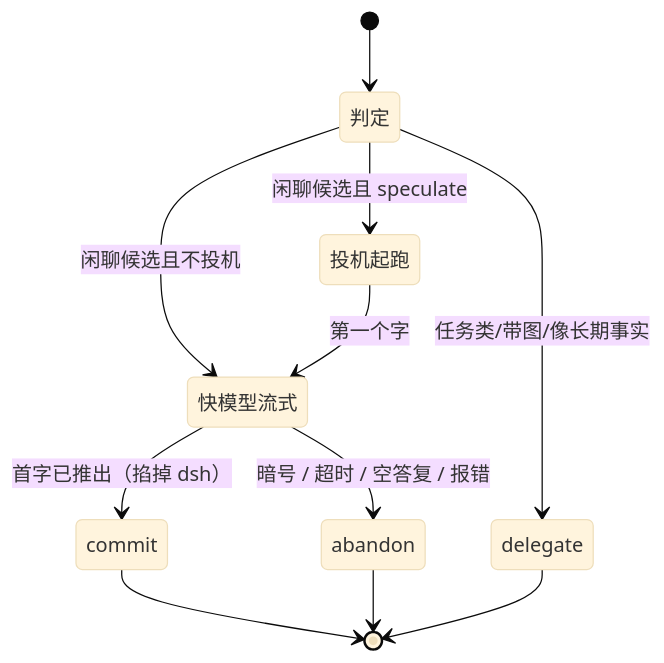
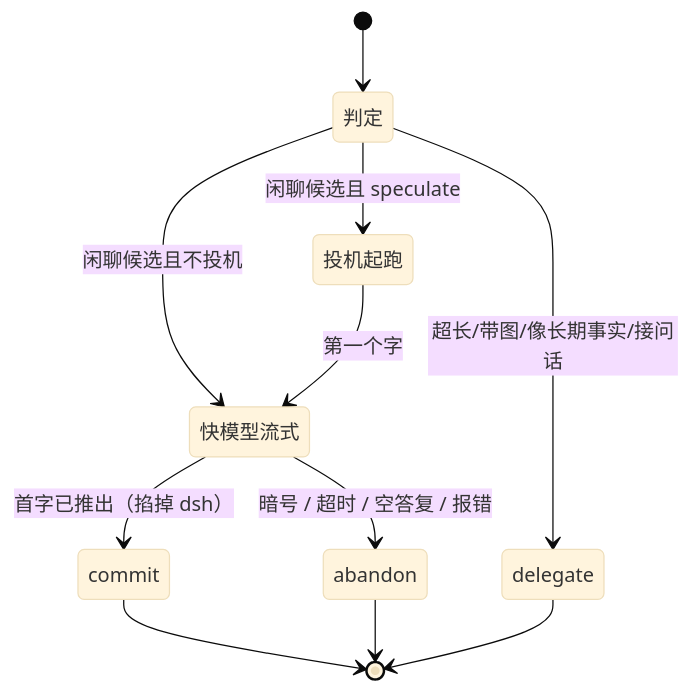
Before and after one commit to slchy/dsh-pet-wearable: the fifth of 9 diagrams in docs/state-machines.md, drawn with Mermaid (base theme). The commit also changed other lines of this file and 5 other files, not shown here.

````diff
--- a/docs/state-machines.md
+++ b/docs/state-machines.md
@@ -286,13 +290,13 @@
 ```mermaid
 stateDiagram-v2
     [*] --> 判定
-    判定 --> delegate : 任务类/带图/像长期事实
+    判定 --> delegate : 超长/带图/像长期事实/接问话
     判定 --> 投机起跑 : 闲聊候选且 speculate
     判定 --> 快模型流式 : 闲聊候选且不投机
     投机起跑 --> 快模型流式 : 第一个字
     快模型流式 --> commit : 首字已推出（掐掉 dsh）
     快模型流式 --> abandon : 暗号 / 超时 / 空答复 / 报错
     commit --> [*]
     abandon --> [*]
     delegate --> [*]
 ```
````
